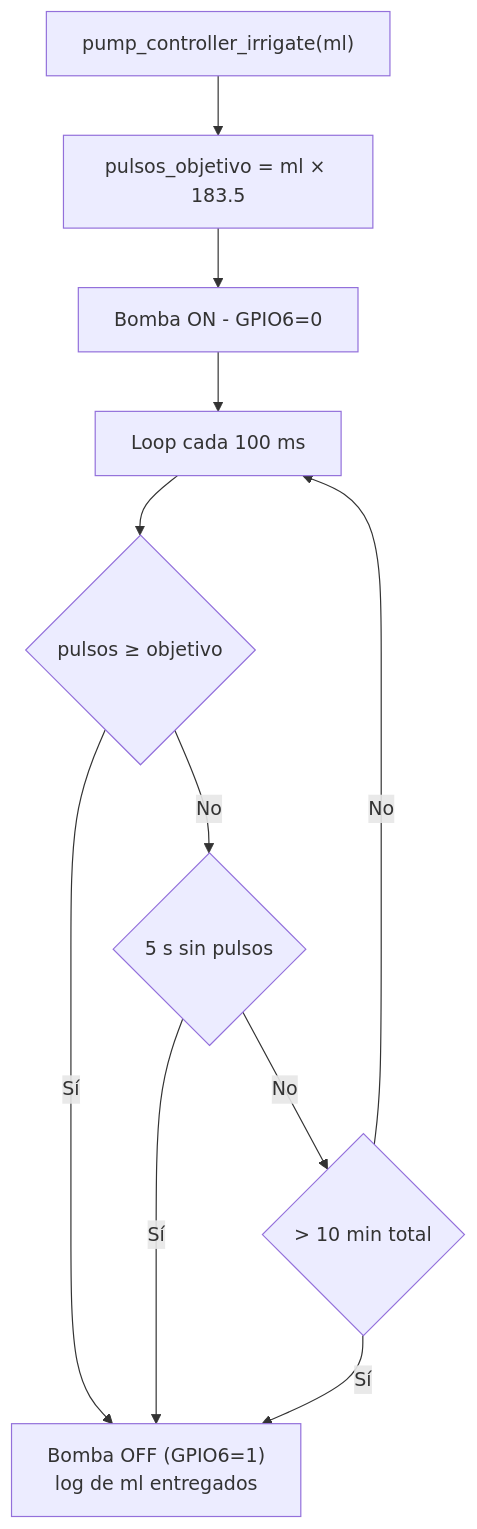
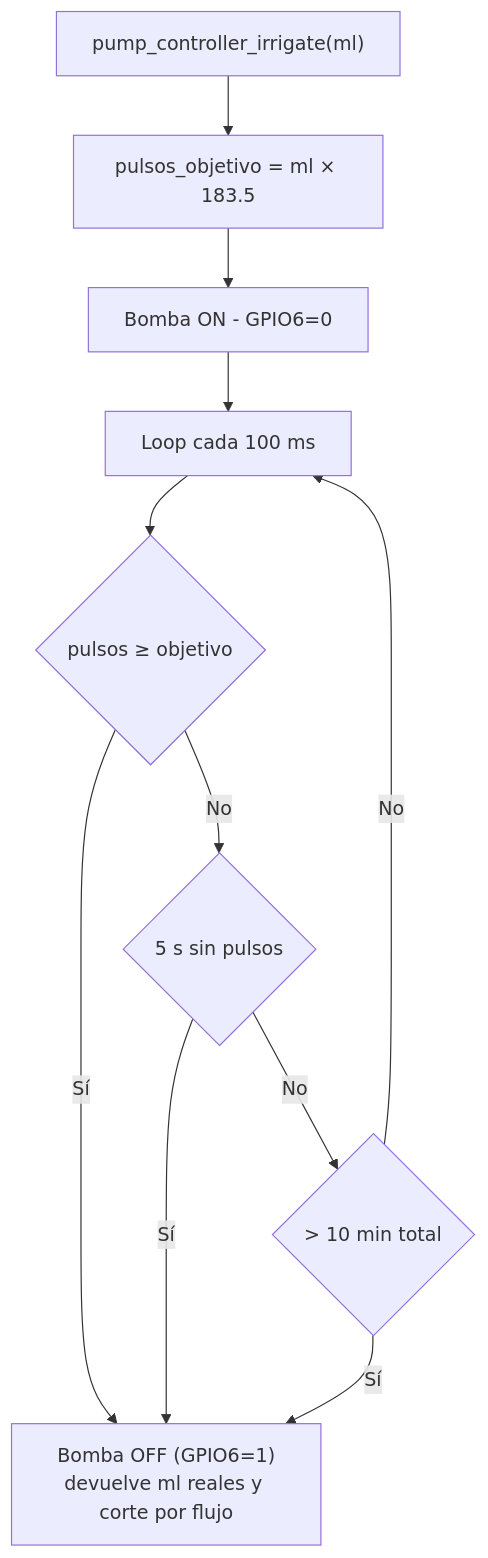
Before and after one commit to cristcorrea/solar-irrigator-slave: the fourth of 4 diagrams in ARQUITECTURA.md, drawn with Mermaid. The commit also changed other lines of this file and 8 other files, not shown here.

````diff
--- a/ARQUITECTURA.md
+++ b/ARQUITECTURA.md
@@ -129,13 +133,13 @@
 ```mermaid
 flowchart TD
     A["pump_controller_irrigate(ml)"] --> B["pulsos_objetivo = ml × 183.5"]
     B --> C[Bomba ON - GPIO6=0]
     C --> D[Loop cada 100 ms]
     D --> E{pulsos ≥ objetivo}
     E -- Sí --> H
     E -- No --> F{5 s sin pulsos}
-    F -- Sí --> H["Bomba OFF (GPIO6=1)<br/>log de ml entregados"]
+    F -- Sí --> H["Bomba OFF (GPIO6=1)<br/>devuelve ml reales y corte por flujo"]
     F -- No --> G{"> 10 min total"}
     G -- Sí --> H
     G -- No --> D
 ```
````
